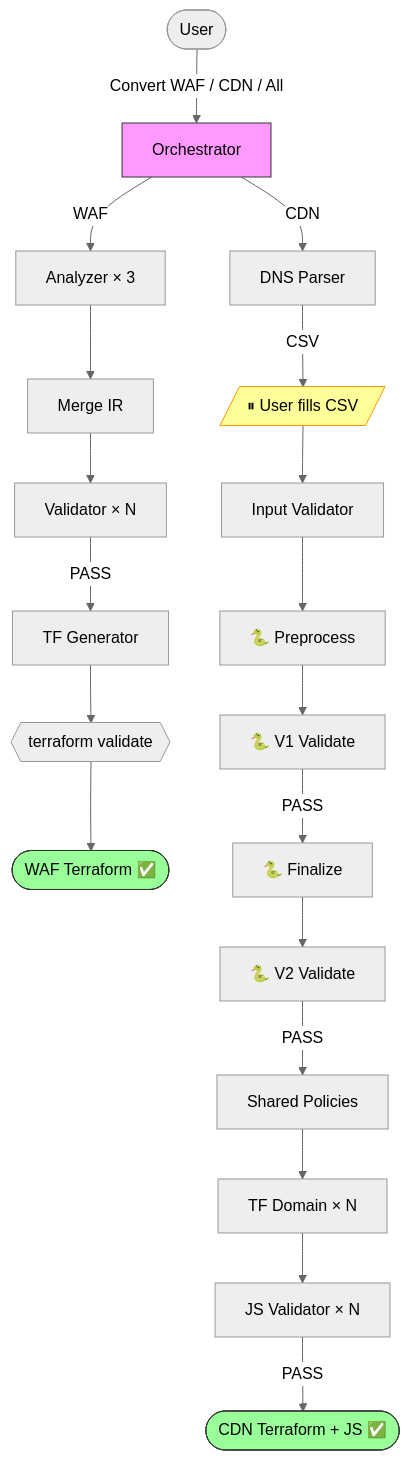
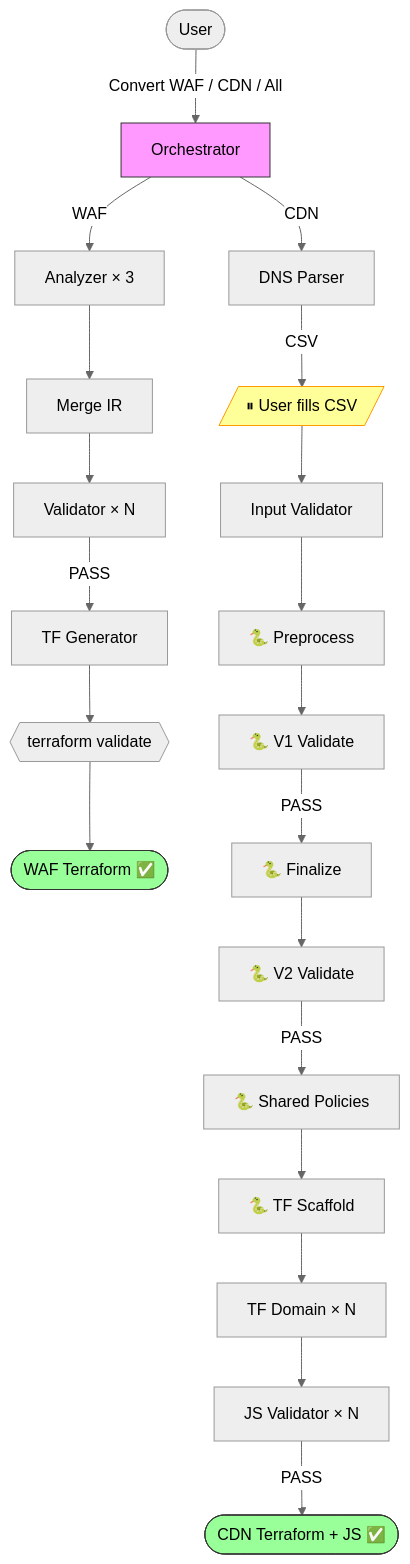
Before and after one commit to chenghit/cloudflare-aws-edge-config-converter: the diagram in README.md, drawn with Mermaid (neutral theme). The commit also changed other lines of this file and 8 other files, not shown here.

First line of the commit message:
refactor: extract Terraform scaffold generation from tf-domain to Python

````diff
--- a/README.md
+++ b/README.md
@@ -78,22 +78,23 @@
 ```mermaid
 flowchart TD
     User([User]) -->|"Convert WAF / CDN / All"| Main["Orchestrator"]
 
     Main -->|WAF| WAF_A["Analyzer × 3"] --> WAF_M["Merge IR"] --> WAF_V["Validator × N"] -->|PASS| WAF_G["TF Generator"] --> WAF_T{{"terraform validate"}} --> WAF_Done([WAF Terraform ✅])
 
     Main -->|CDN| CDN1["DNS Parser"] -->|CSV| Pause[/"⏸ User fills CSV"/]
     Pause --> CDN2["Input Validator"]
     CDN2 --> CDN3["🐍 Preprocess"]
     CDN3 --> CDN4["🐍 V1 Validate"]
     CDN4 -->|PASS| CDN5["🐍 Finalize"]
     CDN5 --> CDN6["🐍 V2 Validate"]
-    CDN6 -->|PASS| CDN7["Shared Policies"]
-    CDN7 --> CDN8["TF Domain × N"]
+    CDN6 -->|PASS| CDN7["🐍 Shared Policies"]
+    CDN7 --> CDN75["🐍 TF Scaffold"]
+    CDN75 --> CDN8["TF Domain × N"]
     CDN8 --> CDN9["JS Validator × N"]
     CDN9 -->|PASS| CDN_Done([CDN Terraform + JS ✅])
 
     style Main fill:#f9f,stroke:#333
     style Pause fill:#ff9,stroke:#f90
     style WAF_Done fill:#9f9,stroke:#333
     style CDN_Done fill:#9f9,stroke:#333
 ```
````
